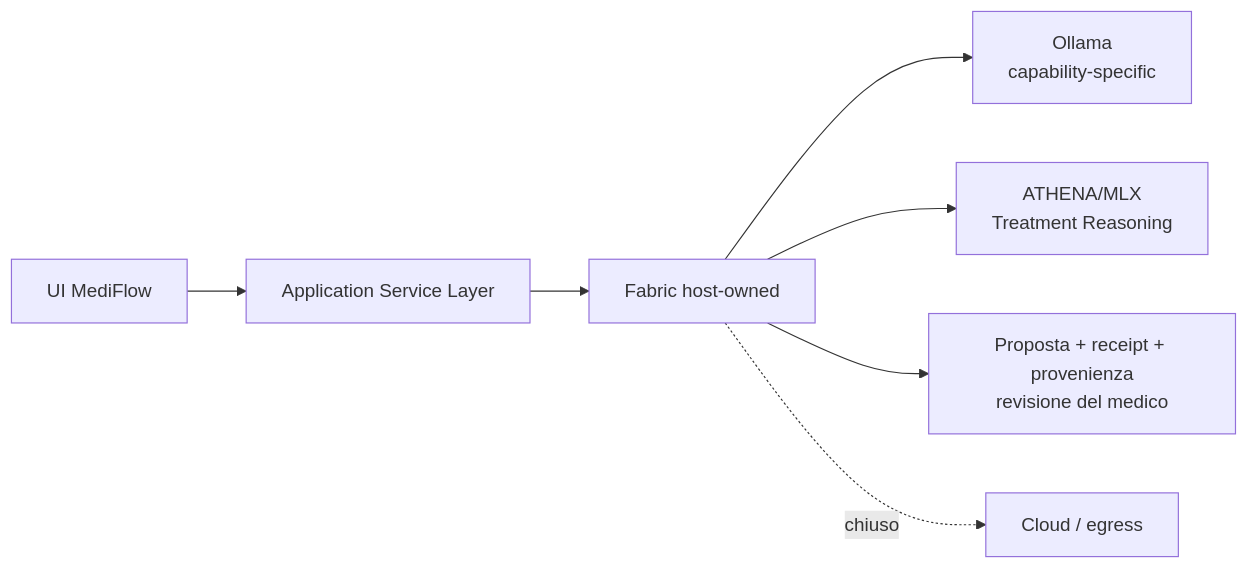
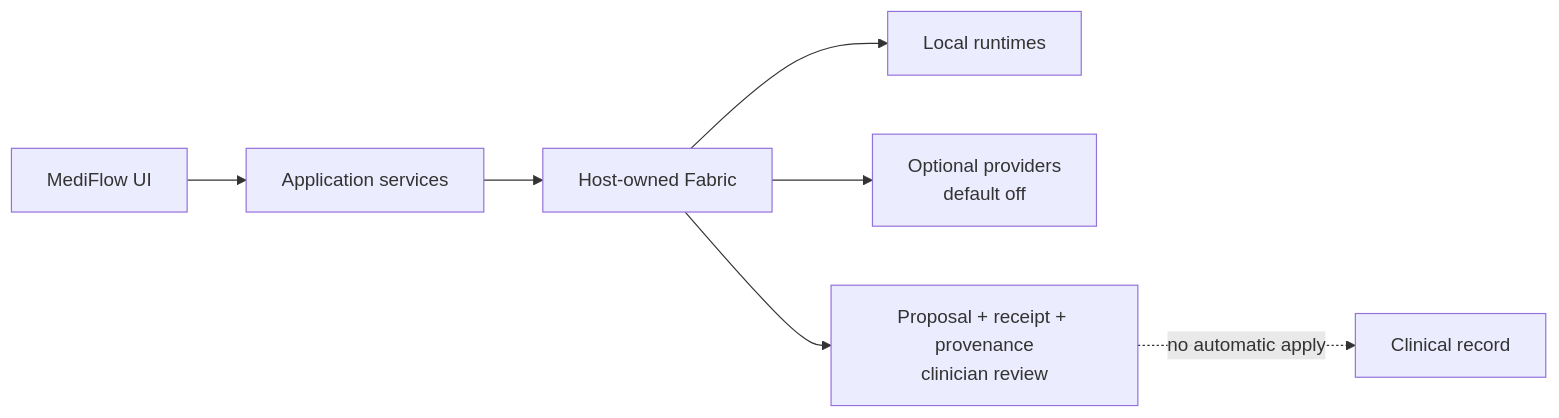
The second of 2 diagrams in README.md (Wulfgardr/mediflow), drawn with Mermaid before and after one commit. The commit also changed other lines of this file and 20 other files, not shown here.

Commit message:
docs(release): align MediFlow 0.8.5 public surface

````diff
--- a/README.md
+++ b/README.md
@@ -117,9 +95,9 @@
 ```mermaid
 flowchart LR
-    ui["UI MediFlow"] --> services["Application Service Layer"]
-    services --> fabric["Fabric host-owned"]
-    fabric --> ollama["Ollama<br/>capability-specific"]
-    fabric --> athena["ATHENA/MLX<br/>Treatment Reasoning"]
-    fabric --> review["Proposta + receipt + provenienza<br/>revisione del medico"]
-    fabric -. "chiuso" .-> cloud["Cloud / egress"]
+    ui["MediFlow UI"] --> services["Application services"]
+    services --> fabric["Host-owned Fabric"]
+    fabric --> local["Local runtimes"]
+    fabric --> optin["Optional providers<br/>default off"]
+    fabric --> review["Proposal + receipt + provenance<br/>clinician review"]
+    review -. "no automatic apply" .-> record["Clinical record"]
 ```
````
